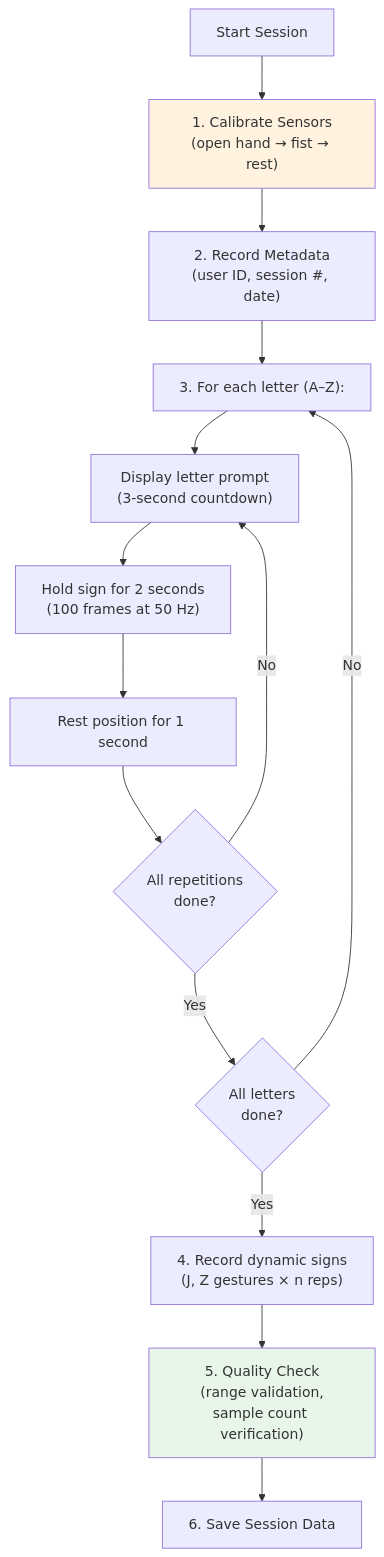
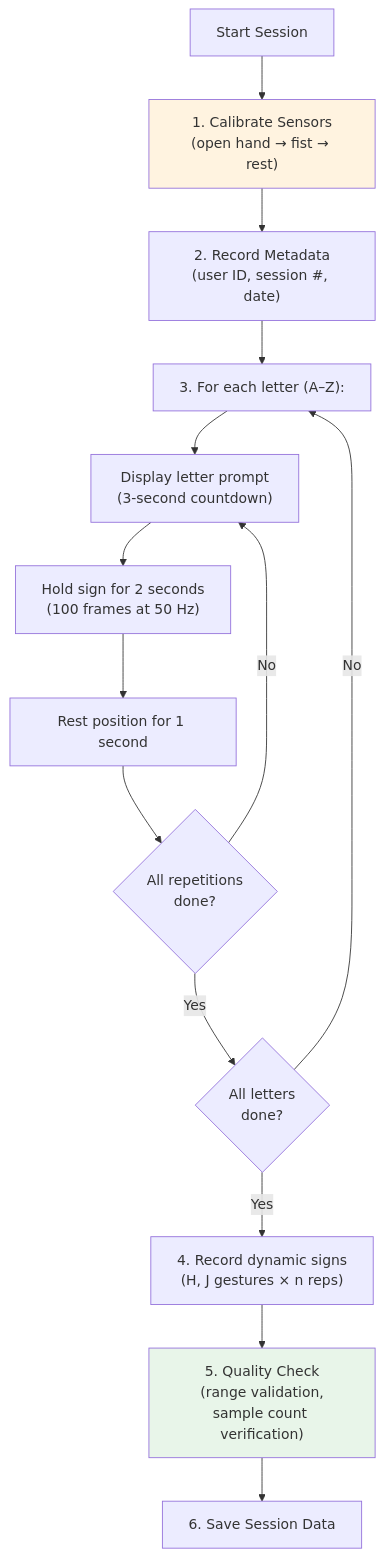
One commit to Ravinx001/British-Sign-Language-to-TTS-Gloves changed the fourth of 5 diagrams in docs/guide-sensor-data-collection.md. Above: the diagram before and after it, drawn with Mermaid. The commit also changed other lines of this file and 9 other files, not shown here.

````diff
--- a/docs/guide-sensor-data-collection.md
+++ b/docs/guide-sensor-data-collection.md
@@ -363,19 +363,19 @@
 ```mermaid
 flowchart TD
     Start["Start Session"] --> Cal["1. Calibrate Sensors<br/>(open hand → fist → rest)"]
     Cal --> Info["2. Record Metadata<br/>(user ID, session #, date)"]
     Info --> Sign["3. For each letter (A–Z):"]
     Sign --> Prompt["Display letter prompt<br/>(3-second countdown)"]
     Prompt --> Hold["Hold sign for 2 seconds<br/>(100 frames at 50 Hz)"]
     Hold --> Rest["Rest position for 1 second"]
     Rest --> Repeat{"All repetitions<br/>done?"}
     Repeat -- "No" --> Prompt
     Repeat -- "Yes" --> NextSign{"All letters<br/>done?"}
     NextSign -- "No" --> Sign
-    NextSign -- "Yes" --> Dynamic["4. Record dynamic signs<br/>(J, Z gestures × n reps)"]
+    NextSign -- "Yes" --> Dynamic["4. Record dynamic signs<br/>(H, J gestures × n reps)"]
     Dynamic --> QC["5. Quality Check<br/>(range validation,<br/>sample count verification)"]
     QC --> Save["6. Save Session Data"]
 
     style Cal fill:#fff3e0
     style QC fill:#e8f5e9
 ```
````
